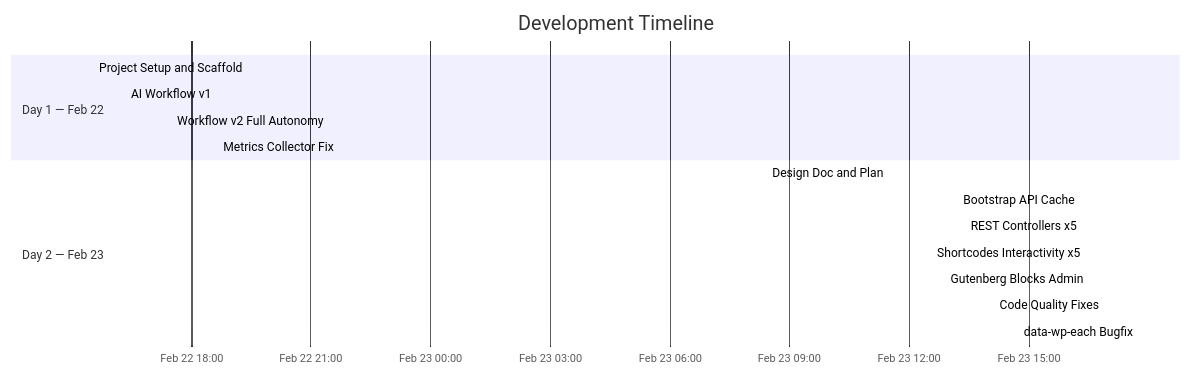
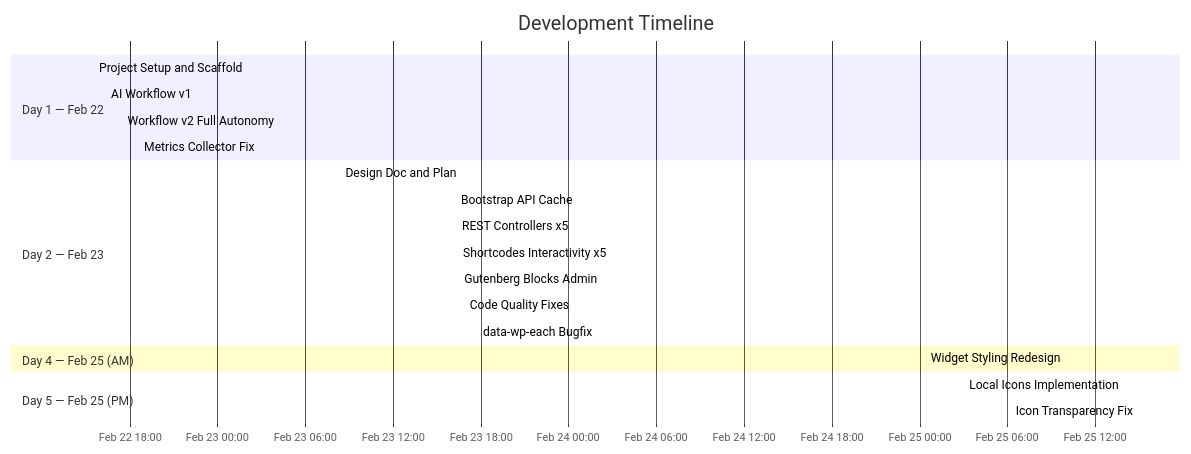
One commit to atlantdak/claude-code-hackathon-xbo-market-kit changed the third of 7 diagrams in README.md. Above: the diagram before and after it, drawn with Mermaid. The commit also changed other lines of this file and 2 other files, not shown here.

First line of the commit message:
docs: update README metrics and add day 5 icons worklog

````diff
--- a/README.md
+++ b/README.md
@@ -78,19 +80,24 @@
 ```mermaid
 gantt
     title Development Timeline
     dateFormat YYYY-MM-DD HH:mm
     axisFormat %b %d %H:%M
     section Day 1 — Feb 22
     Project Setup and Scaffold   :done, setup, 2026-02-22 15:33, 48min
     AI Workflow v1               :done, wf1, 2026-02-22 16:21, 51min
     Workflow v2 Full Autonomy    :done, wf2, 2026-02-22 17:30, 70min
     Metrics Collector Fix        :done, fix, 2026-02-22 18:40, 14min
     section Day 2 — Feb 23
     Design Doc and Plan          :done, plan, 2026-02-23 08:26, 128min
     Bootstrap API Cache          :done, core, 2026-02-23 16:18, 5min
     REST Controllers x5          :done, rest, 2026-02-23 16:22, 4min
     Shortcodes Interactivity x5  :done, sc, 2026-02-23 16:26, 5min
     Gutenberg Blocks Admin       :done, blk, 2026-02-23 16:31, 23min
     Code Quality Fixes           :done, qa, 2026-02-23 16:54, 52min
     data-wp-each Bugfix          :done, bugfix, 2026-02-23 17:46, 1min
+    section Day 4 — Feb 25 (AM)
+    Widget Styling Redesign    :done, style, 2026-02-25 10:00, 34min
+    section Day 5 — Feb 25 (PM)
+    Local Icons Implementation :done, icons, 2026-02-25 14:00, 53min
+    Icon Transparency Fix      :done, iconfix, 2026-02-25 15:00, 5min
 ```
````
